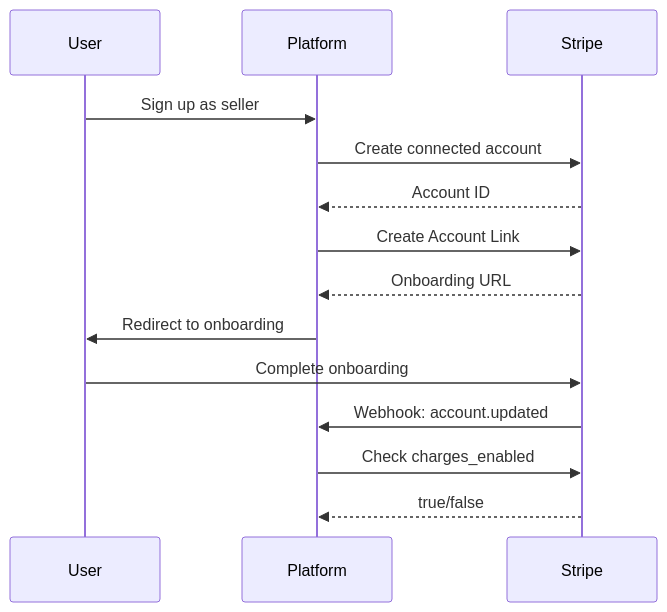
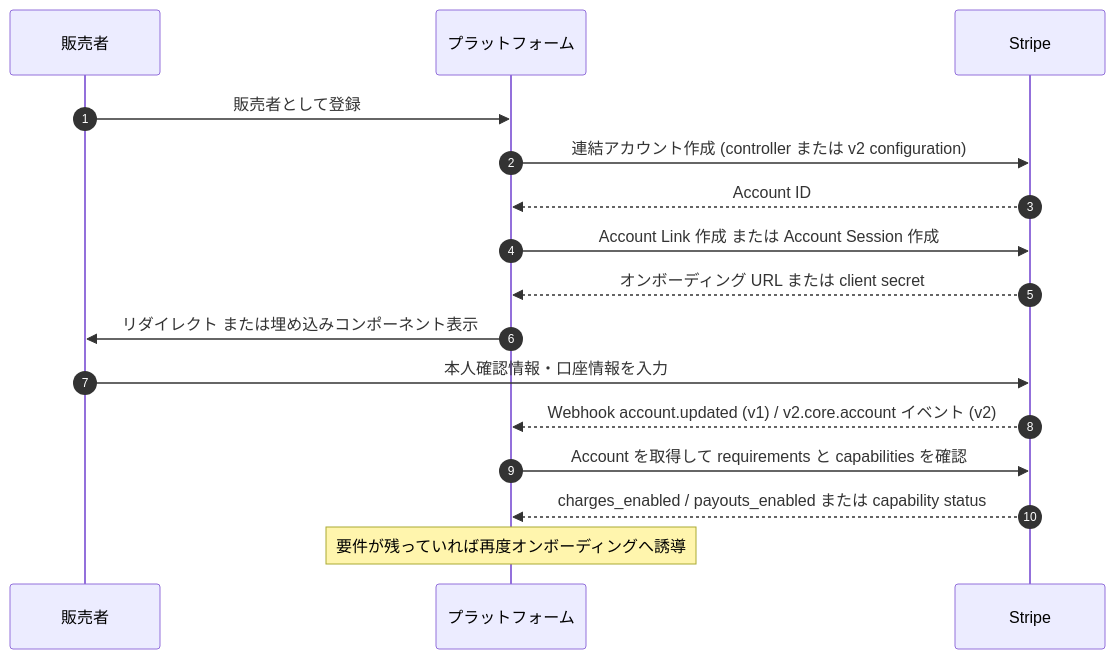
One commit to takukobachi/daedalus changed the seventh of 8 diagrams in software/apis/stripe-connect-specification.md. Above: the diagram before and after it, drawn with Mermaid. The commit also changed other lines of this file and 97 other files, not shown here.

First line of the commit message:
docs: 既存ドキュメントの横断的な強化（構成・鮮度・出典・相互参照・図） (#92)

````diff
--- a/software/apis/stripe-connect-specification.md
+++ b/software/apis/stripe-connect-specification.md
@@ -254,17 +347,19 @@
 ```mermaid
 sequenceDiagram
-    participant User
-    participant Platform
-    participant Stripe
+    autonumber
+    participant U as 販売者
+    participant P as プラットフォーム
+    participant S as Stripe
 
-    User->>Platform: Sign up as seller
-    Platform->>Stripe: Create connected account
-    Stripe-->>Platform: Account ID
-    Platform->>Stripe: Create Account Link
-    Stripe-->>Platform: Onboarding URL
-    Platform->>User: Redirect to onboarding
-    User->>Stripe: Complete onboarding
-    Stripe->>Platform: Webhook: account.updated
-    Platform->>Stripe: Check charges_enabled
-    Stripe-->>Platform: true/false
+    U->>P: 販売者として登録
+    P->>S: 連結アカウント作成 (controller または v2 configuration)
+    S-->>P: Account ID
+    P->>S: Account Link 作成 または Account Session 作成
+    S-->>P: オンボーディング URL または client secret
+    P->>U: リダイレクト または埋め込みコンポーネント表示
+    U->>S: 本人確認情報・口座情報を入力
+    S-->>P: Webhook account.updated (v1) / v2.core.account イベント (v2)
+    P->>S: Account を取得して requirements と capabilities を確認
+    S-->>P: charges_enabled / payouts_enabled または capability status
+    Note over P: 要件が残っていれば再度オンボーディングへ誘導
 ```
````
